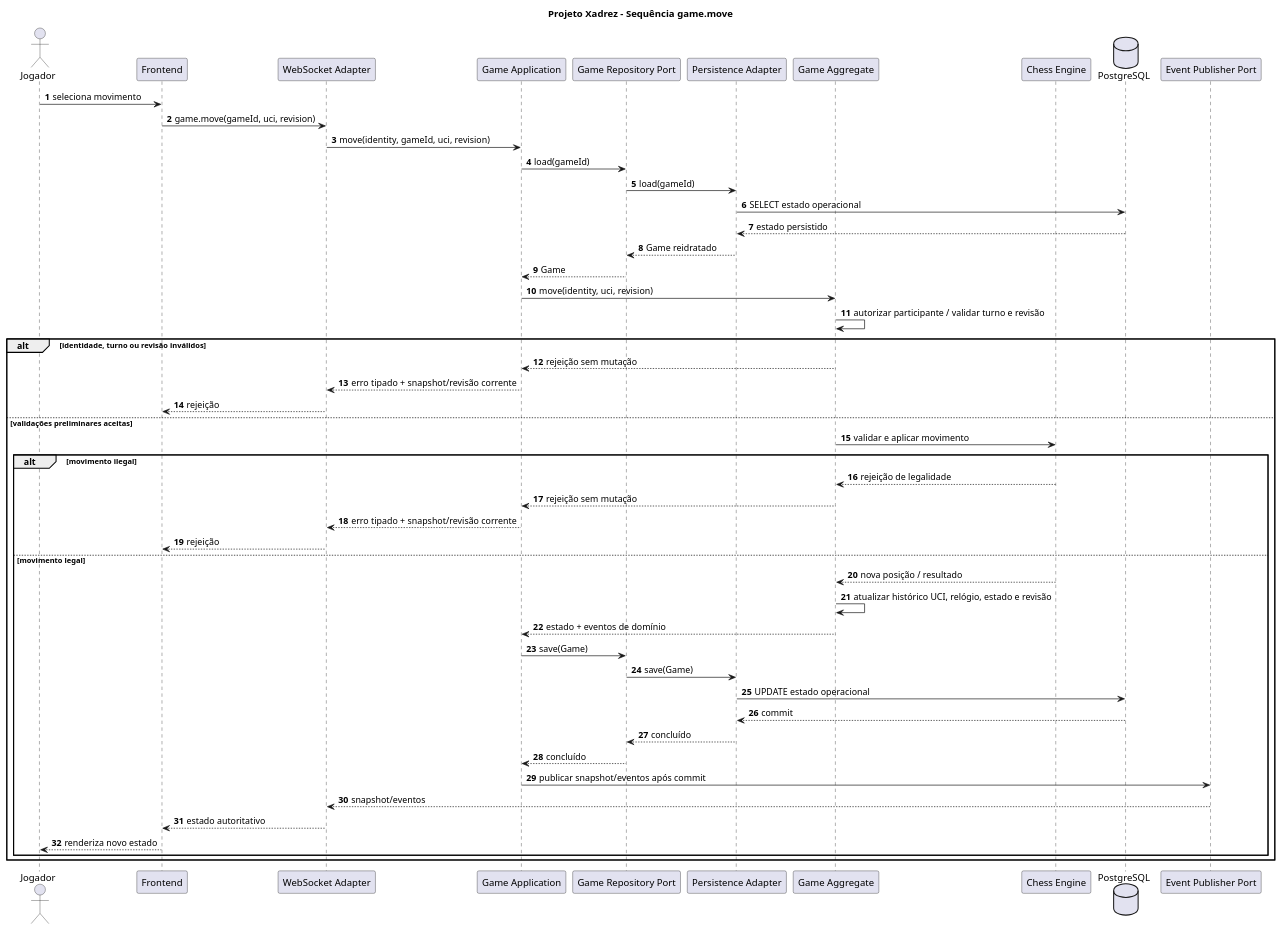
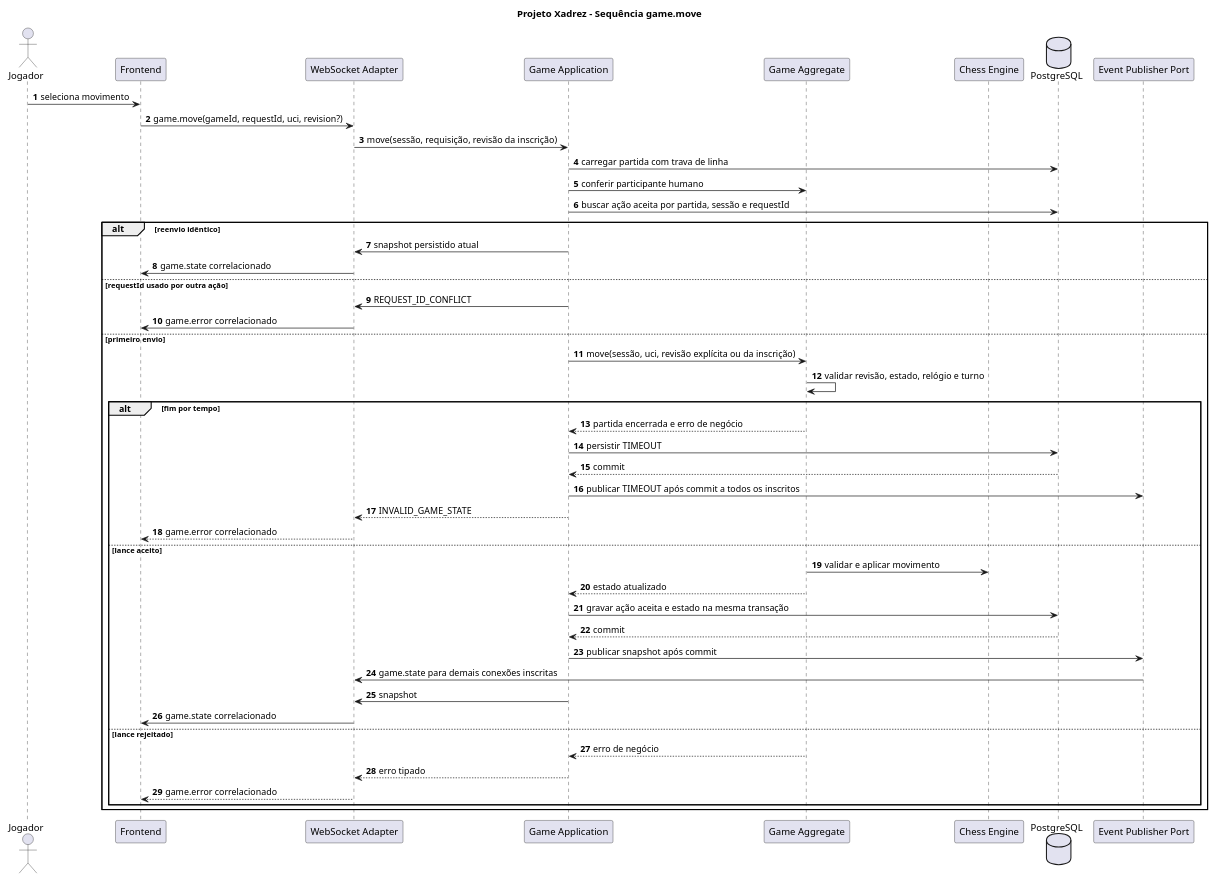
One commit to brenomega/chess-backend changed the diagram in docs/architecture/diagrams/sequence-game-move.puml. Above: the diagram before and after it, drawn with PlantUML. The commit also changed 18 other files, not shown here.

```diff
--- a/docs/architecture/diagrams/sequence-game-move.puml
+++ b/docs/architecture/diagrams/sequence-game-move.puml
@@ -1,55 +1,52 @@
 @startuml
 title Projeto Xadrez - Sequência game.move
 
 autonumber
 actor Jogador
 participant "Frontend" as FE
 participant "WebSocket Adapter" as WS
 participant "Game Application" as APP
-participant "Game Repository Port" as REPO
-participant "Persistence Adapter" as PERSIST
 participant "Game Aggregate" as GAME
 participant "Chess Engine" as CHESS
 database "PostgreSQL" as DB
 participant "Event Publisher Port" as EVENTS
 
 Jogador -> FE: seleciona movimento
-FE -> WS: game.move(gameId, uci, revision)
-WS -> APP: move(identity, gameId, uci, revision)
-APP -> REPO: load(gameId)
-REPO -> PERSIST: load(gameId)
-PERSIST -> DB: SELECT estado operacional
-DB --> PERSIST: estado persistido
-PERSIST --> REPO: Game reidratado
-REPO --> APP: Game
-APP -> GAME: move(identity, uci, revision)
-GAME -> GAME: autorizar participante / validar turno e revisão
+FE -> WS: game.move(gameId, requestId, uci, revision?)
+WS -> APP: move(sessão, requisição, revisão da inscrição)
+APP -> DB: carregar partida com trava de linha
+APP -> GAME: conferir participante humano
+APP -> DB: buscar ação aceita por partida, sessão e requestId
 
-alt identidade, turno ou revisão inválidos
-  GAME --> APP: rejeição sem mutação
-  APP --> WS: erro tipado + snapshot/revisão corrente
-  WS --> FE: rejeição
-else validações preliminares aceitas
-  GAME -> CHESS: validar e aplicar movimento
-  alt movimento ilegal
-    CHESS --> GAME: rejeição de legalidade
-    GAME --> APP: rejeição sem mutação
-    APP --> WS: erro tipado + snapshot/revisão corrente
-    WS --> FE: rejeição
-  else movimento legal
-    CHESS --> GAME: nova posição / resultado
-    GAME -> GAME: atualizar histórico UCI, relógio, estado e revisão
-    GAME --> APP: estado + eventos de domínio
-    APP -> REPO: save(Game)
-    REPO -> PERSIST: save(Game)
-    PERSIST -> DB: UPDATE estado operacional
-    DB --> PERSIST: commit
-    PERSIST --> REPO: concluído
-    REPO --> APP: concluído
-    APP -> EVENTS: publicar snapshot/eventos após commit
-    EVENTS --> WS: snapshot/eventos
-    WS --> FE: estado autoritativo
-    FE --> Jogador: renderiza novo estado
+alt reenvio idêntico
+  APP -> WS: snapshot persistido atual
+  WS -> FE: game.state correlacionado
+else requestId usado por outra ação
+  APP -> WS: REQUEST_ID_CONFLICT
+  WS -> FE: game.error correlacionado
+else primeiro envio
+  APP -> GAME: move(sessão, uci, revisão explícita ou da inscrição)
+  GAME -> GAME: validar revisão, estado, relógio e turno
+  alt fim por tempo
+    GAME --> APP: partida encerrada e erro de negócio
+    APP -> DB: persistir TIMEOUT
+    DB --> APP: commit
+    APP -> EVENTS: publicar TIMEOUT após commit a todos os inscritos
+    APP --> WS: INVALID_GAME_STATE
+    WS --> FE: game.error correlacionado
+  else lance aceito
+    GAME -> CHESS: validar e aplicar movimento
+    GAME --> APP: estado atualizado
+    APP -> DB: gravar ação aceita e estado na mesma transação
+    DB --> APP: commit
+    APP -> EVENTS: publicar snapshot após commit
+    EVENTS -> WS: game.state para demais conexões inscritas
+    APP -> WS: snapshot
+    WS -> FE: game.state correlacionado
+  else lance rejeitado
+    GAME --> APP: erro de negócio
+    APP --> WS: erro tipado
+    WS --> FE: game.error correlacionado
   end
 end
 @enduml
```
